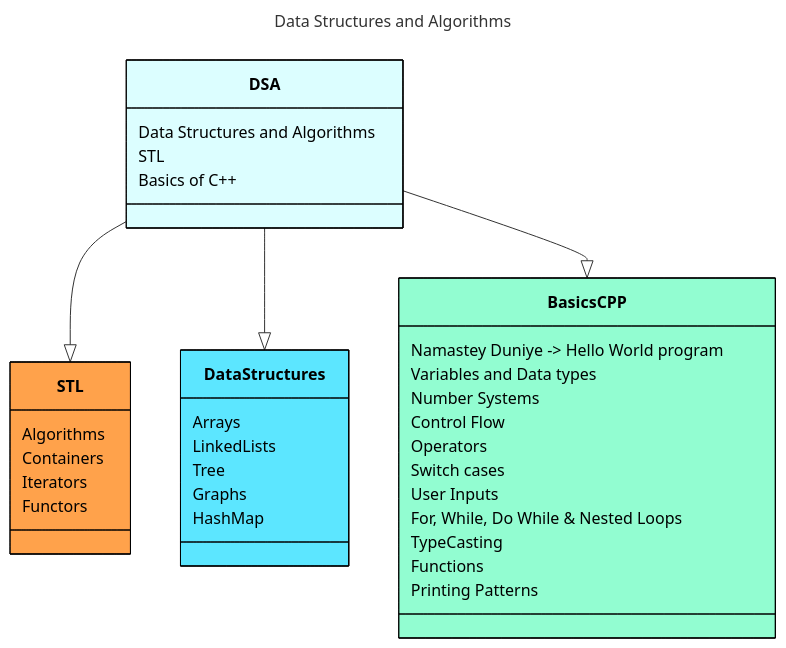
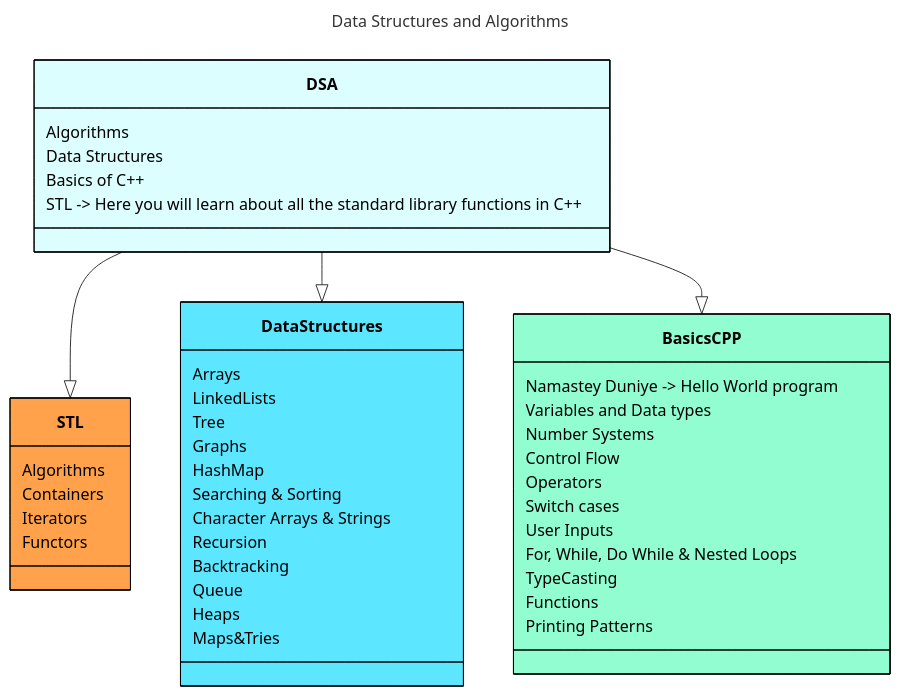
Before and after one commit to gouravghosh24/DsaAlgo: the diagram in README.md, drawn with Mermaid.

````diff
--- a/README.md
+++ b/README.md
@@ -10,49 +10,60 @@
 ```mermaid
 ---
 title: Data Structures and Algorithms
 ---
 classDiagram
     DSA --|> STL
     DSA --|> DataStructures
     DSA --|> BasicsCPP
 
     style DSA fill:#dcfeff,stroke:#000,color:#000
     style BasicsCPP fill:#92fdd1,stroke:#000,color:#000
     style STL fill:#ffa24b,stroke:#000,color:#000
     style DataStructures fill:#5ce6ff,stroke:#000,color:#000
 
-    DSA : Data Structures and Algorithms
-    DSA : STL
+    
+    DSA : Algorithms
+    DSA : Data Structures
     DSA : Basics of C++
+    DSA : STL -> Here you will learn about all the standard library functions in C++
+    
+    
 
     BasicsCPP : Namastey Duniye -> Hello World program
     BasicsCPP : Variables and Data types
     BasicsCPP : Number Systems
     BasicsCPP : Control Flow
     BasicsCPP : Operators
     BasicsCPP : Switch cases
     BasicsCPP : User Inputs
     BasicsCPP : For, While, Do While & Nested Loops
     BasicsCPP : TypeCasting
     BasicsCPP : Functions
     BasicsCPP : Printing Patterns
     
     
     
     DataStructures : Arrays
     DataStructures : LinkedLists
     DataStructures : Tree
     DataStructures : Graphs
     DataStructures : HashMap
+    DataStructures : Searching & Sorting
+    DataStructures : Character Arrays & Strings
+    DataStructures : Recursion
+    DataStructures : Backtracking
+    DataStructures : Queue
+    DataStructures : Heaps
+    DataStructures : Maps&Tries
 
     STL : Algorithms
     STL : Containers
     STL : Iterators
     STL : Functors
 
 
     
 
 
 
 ```
````
